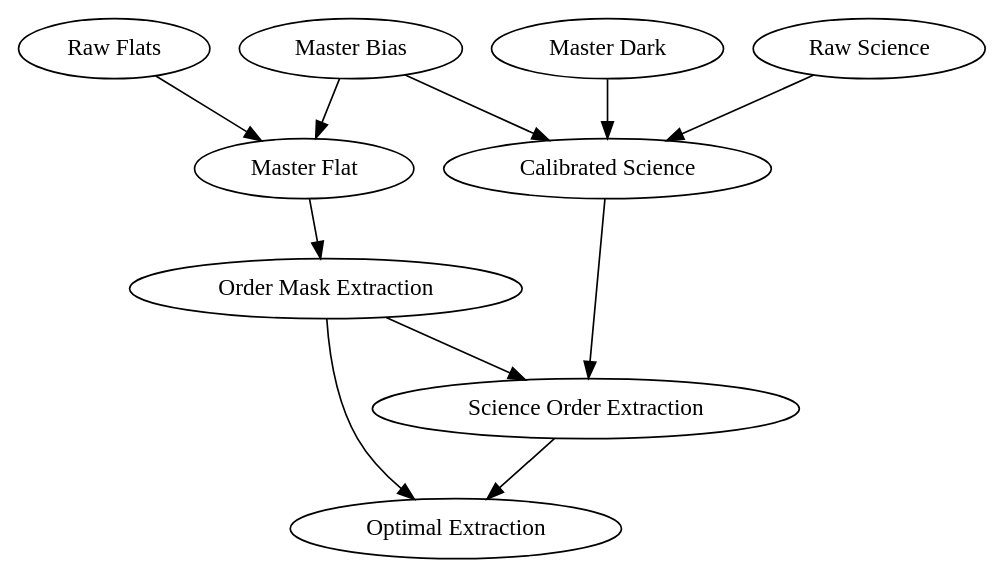
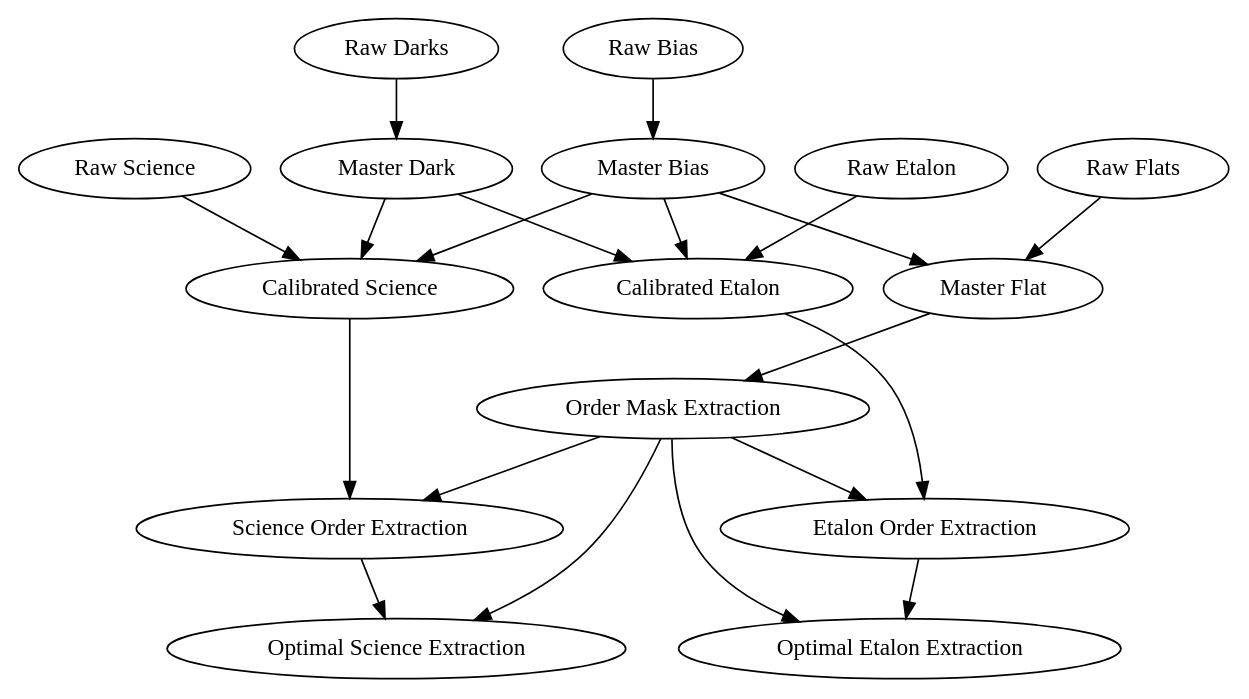
Before and after one commit to IvS-KULeuven/MARVELpipeline: the diagram in Docs/Images/makeImage.org, drawn with Graphviz. The commit also changed other lines of this file and 1 other file, not shown here.

Commit message:
Added image of overview of whole pipeline

```diff
--- a/Docs/Images/makeImage.org
+++ b/Docs/Images/makeImage.org
@@ -1,14 +18,23 @@
-#+BEGIN_SRC dot :file my_output_file.png :cmdline -Kdot -Tpng
+#+BEGIN_SRC dot :file whole_pipeline_file.png :cmdline -Kdot -Tpng
   digraph G {
+    "Raw Bias" -> "Master Bias";
     "Raw Flats" -> "Master Flat";
+    "Raw Darks" -> "Master Dark";
     "Master Bias" -> "Master Flat";
-    "Master Flat" -> "Order Mask Extraction";
-    "Order Mask Extraction" -> "Optimal Extraction";
+    "Master Bias" -> "Calibrated Etalon";
     "Master Dark" -> "Calibrated Science";
+    "Master Dark" -> "Calibrated Etalon";
+    "Master Flat" -> "Order Mask Extraction";    
     "Master Bias" -> "Calibrated Science";
     "Raw Science" -> "Calibrated Science";
+    "Raw Etalon" -> "Calibrated Etalon";
+    "Order Mask Extraction" -> "Science Order Extraction";
+    "Order Mask Extraction" -> "Etalon Order Extraction";
+    "Order Mask Extraction" -> "Optimal Science Extraction";        
     "Calibrated Science" -> "Science Order Extraction";
-    "Order Mask Extraction" -> "Science Order Extraction";
-    "Science Order Extraction" -> "Optimal Extraction";
+    "Calibrated Etalon" -> "Etalon Order Extraction";
+    "Science Order Extraction" -> "Optimal Science Extraction";
+    "Etalon Order Extraction" -> "Optimal Etalon Extraction";
+    "Order Mask Extraction" -> "Optimal Etalon Extraction";            
     }
 #+END_SRC
```
